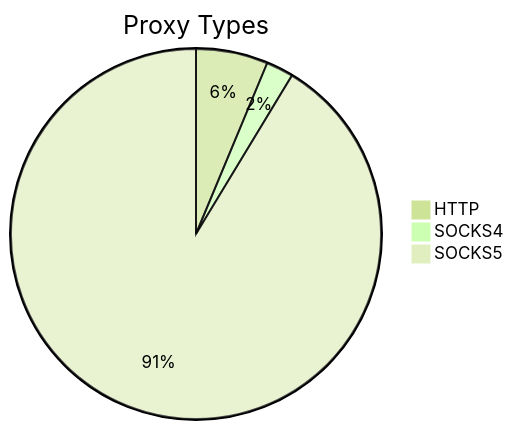
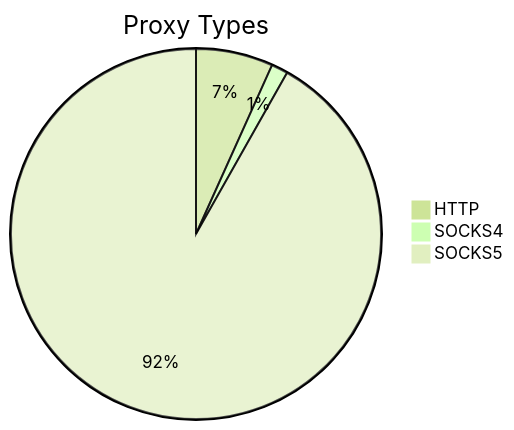
The first of 2 diagrams in README.md (stormsia/proxy-list), drawn with Mermaid (forest theme) before and after one commit. The commit also changed other lines of this file, not shown here.

````diff
--- a/README.md
+++ b/README.md
@@ -21,6 +21,6 @@
 ```mermaid
 pie title Proxy Types
-    "HTTP" : 95
-    "SOCKS4" : 36
-    "SOCKS5" : 1381
+    "HTTP" : 144
+    "SOCKS4" : 31
+    "SOCKS5" : 1964
 ```
````
